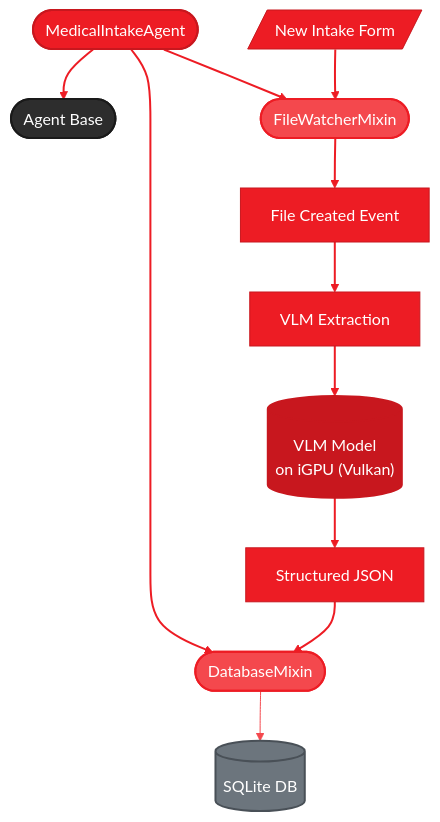
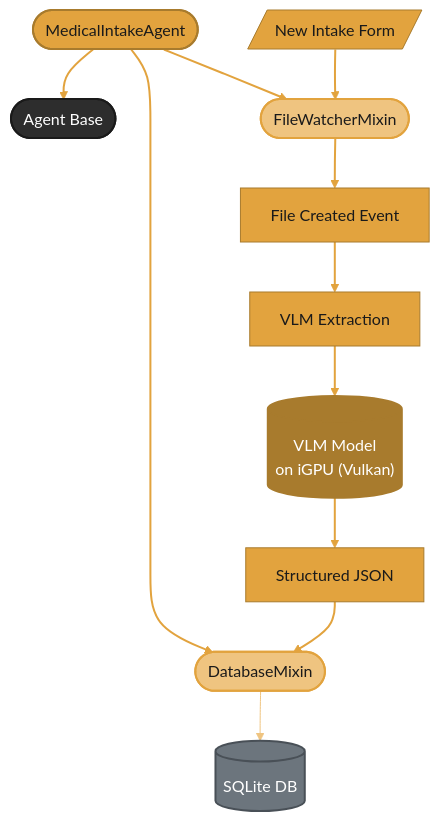
The diagram in docs/playbooks/emr-agent/part-1-getting-started.mdx (amd/gaia), drawn with Mermaid before and after one commit. The commit also changed 109 other files, not shown here.

````diff
--- a/docs/playbooks/emr-agent/part-1-getting-started.mdx
+++ b/docs/playbooks/emr-agent/part-1-getting-started.mdx
@@ -36,24 +36,24 @@
 ```mermaid
-%%{init: {'theme':'base', 'themeVariables': { 'primaryColor':'#ED1C24', 'primaryTextColor':'#fff', 'primaryBorderColor':'#C8171E', 'lineColor':'#F4484D', 'secondaryColor':'#2d2d2d', 'tertiaryColor':'#f5f5f5', 'fontFamily': 'system-ui, -apple-system, sans-serif'}}}%%
+%%{init: {'theme':'base', 'themeVariables': { 'primaryColor':'#E2A33E', 'primaryTextColor':'#1a1a1a', 'primaryBorderColor':'#A87B2D', 'lineColor':'#EFC480', 'secondaryColor':'#2d2d2d', 'tertiaryColor':'#f5f5f5', 'fontFamily': 'system-ui, -apple-system, sans-serif'}}}%%
 graph TD
     A(["MedicalIntakeAgent"]) --> B(["Agent Base"])
     A --> C(["FileWatcherMixin"])
     A --> D(["DatabaseMixin"])
 
     E[/"New Intake Form"/] --> C
     C --> F["File Created Event"]
     F --> G["VLM Extraction"]
     G --> H[("VLM Model<br/>on iGPU (Vulkan)")]
     H --> I["Structured JSON"]
     I --> D
     D --> J[("SQLite DB")]
 
-    style A fill:#ED1C24,stroke:#C8171E,stroke-width:2px,color:#fff
+    style A fill:#E2A33E,stroke:#A87B2D,stroke-width:2px,color:#1a1a1a
     style B fill:#2d2d2d,stroke:#1a1a1a,stroke-width:2px,color:#fff
-    style C fill:#F4484D,stroke:#ED1C24,stroke-width:2px,color:#fff
-    style D fill:#F4484D,stroke:#ED1C24,stroke-width:2px,color:#fff
-    style H fill:#C8171E,stroke:#C8171E,stroke-width:2px,color:#fff
+    style C fill:#EFC480,stroke:#E2A33E,stroke-width:2px,color:#1a1a1a
+    style D fill:#EFC480,stroke:#E2A33E,stroke-width:2px,color:#1a1a1a
+    style H fill:#A87B2D,stroke:#A87B2D,stroke-width:2px,color:#fff
     style J fill:#6c757d,stroke:#495057,stroke-width:2px,color:#fff
 
-    linkStyle 0,1,2,3,4,5,6,7,8 stroke:#ED1C24,stroke-width:2px
+    linkStyle 0,1,2,3,4,5,6,7,8 stroke:#E2A33E,stroke-width:2px
 ```
````
